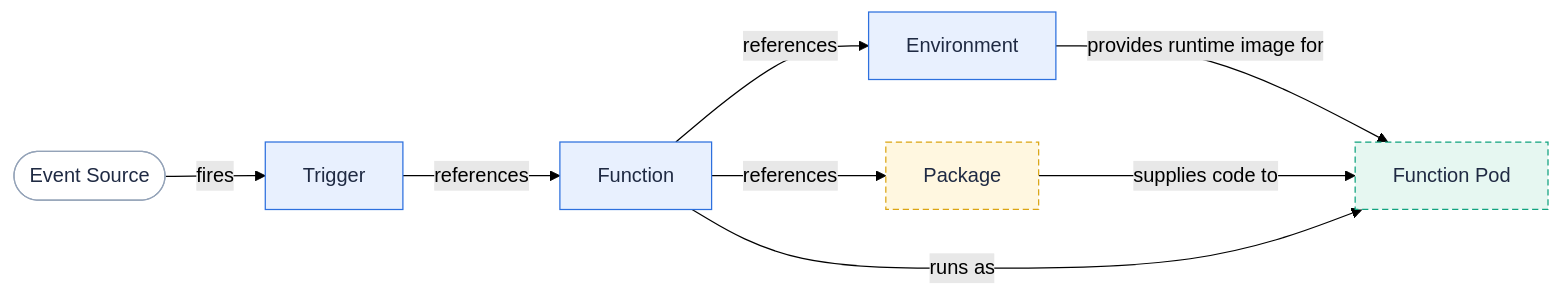
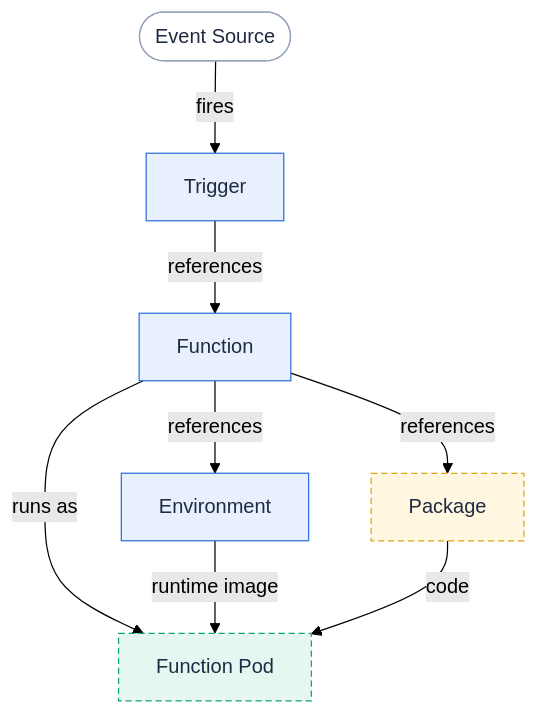
The diagram in content/en/docs/concepts/_index.md (fission/fission.io), drawn with Mermaid (forest theme) before and after one commit. The commit also changed 23 other files, not shown here.

First line of the commit message:
Make diagrams readable inline: compact TB layouts, bold crimson step numbers

````diff
--- a/content/en/docs/concepts/_index.md
+++ b/content/en/docs/concepts/_index.md
@@ -28,15 +28,15 @@
 ```mermaid
-flowchart LR
+flowchart TB
   event(["Event Source"]):::user -->|"fires"| trigger["Trigger"]:::fission
   trigger -->|"references"| fn["Function"]:::fission
   fn -->|"references"| env["Environment"]:::fission
   fn -->|"references"| pkg["Package"]:::store
-  env -->|"provides runtime image for"| fnPod["Function Pod"]:::pod
-  pkg -->|"supplies code to"| fnPod
-  fn -->|"runs as"| fnPod
+  fn -->|"runs as"| fnPod["Function Pod"]:::pod
+  env -->|"runtime image"| fnPod
+  pkg -->|"code"| fnPod
 
   classDef user fill:#ffffff,stroke:#94a3b8,color:#1f2a43
   classDef fission fill:#e8f0fe,stroke:#2d70de,color:#1f2a43
   classDef pod fill:#e6f7f1,stroke:#11a37f,color:#1f2a43,stroke-dasharray:5 3
   classDef store fill:#fff7e0,stroke:#dba514,color:#1f2a43,stroke-dasharray:5 3
 ```
````
